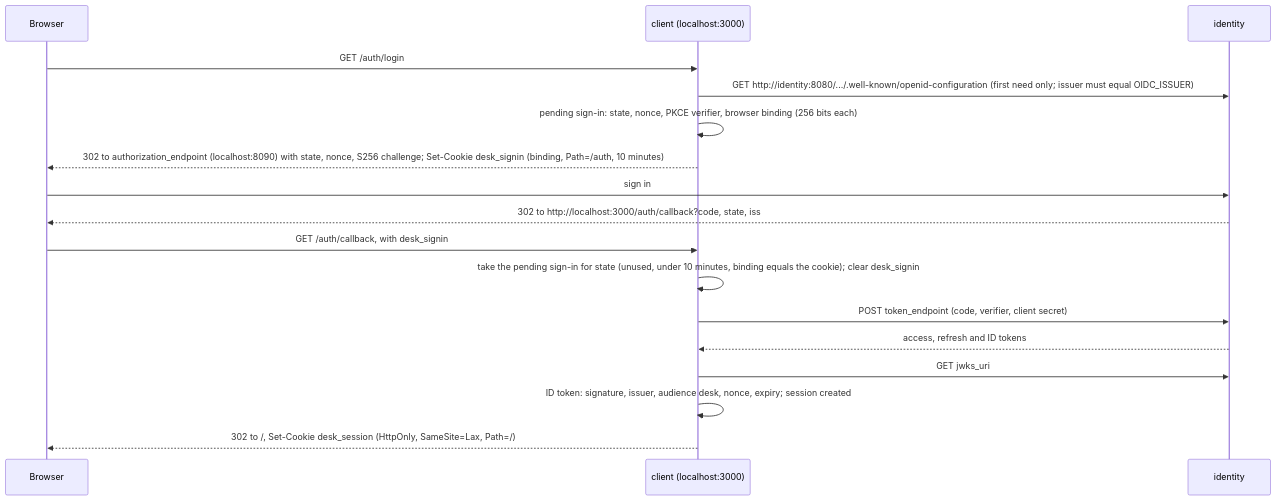
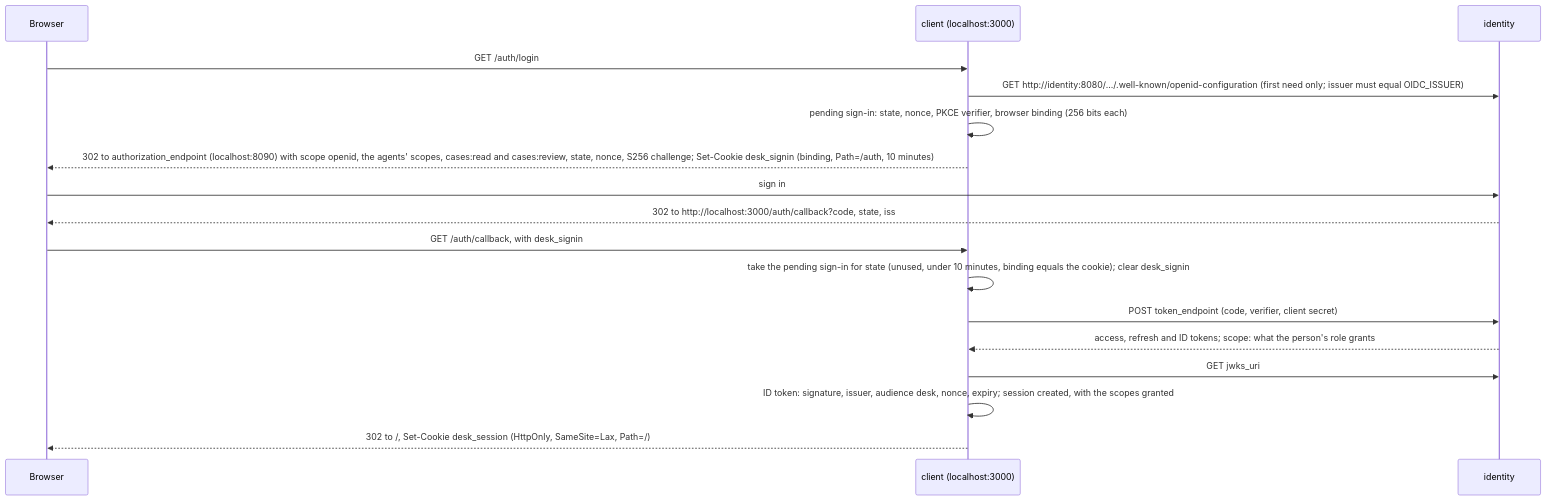
The third of 4 diagrams in docs/architecture/identity.md (AndrewPHunter/ai-on-aws), drawn with Mermaid before and after one commit. The commit also changed other lines of this file and 3 other files, not shown here.

````diff
--- a/docs/architecture/identity.md
+++ b/docs/architecture/identity.md
@@ -139,19 +211,19 @@
 ```mermaid
 sequenceDiagram
   participant B as Browser
   participant C as client (localhost:3000)
   participant K as identity
   B->>C: GET /auth/login
   C->>K: GET http://identity:8080/.../.well-known/openid-configuration (first need only#59; issuer must equal OIDC_ISSUER)
   C->>C: pending sign-in: state, nonce, PKCE verifier, browser binding (256 bits each)
-  C-->>B: 302 to authorization_endpoint (localhost:8090) with state, nonce, S256 challenge#59; Set-Cookie desk_signin (binding, Path=/auth, 10 minutes)
+  C-->>B: 302 to authorization_endpoint (localhost:8090) with scope openid, the agents' scopes, cases:read and cases:review, state, nonce, S256 challenge#59; Set-Cookie desk_signin (binding, Path=/auth, 10 minutes)
   B->>K: sign in
   K-->>B: 302 to http://localhost:3000/auth/callback?code, state, iss
   B->>C: GET /auth/callback, with desk_signin
   C->>C: take the pending sign-in for state (unused, under 10 minutes, binding equals the cookie)#59; clear desk_signin
   C->>K: POST token_endpoint (code, verifier, client secret)
-  K-->>C: access, refresh and ID tokens
+  K-->>C: access, refresh and ID tokens#59; scope: what the person's role grants
   C->>K: GET jwks_uri
-  C->>C: ID token: signature, issuer, audience desk, nonce, expiry#59; session created
+  C->>C: ID token: signature, issuer, audience desk, nonce, expiry#59; session created, with the scopes granted
   C-->>B: 302 to /, Set-Cookie desk_session (HttpOnly, SameSite=Lax, Path=/)
 ```
````
